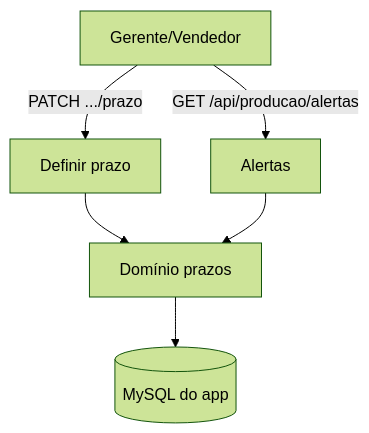
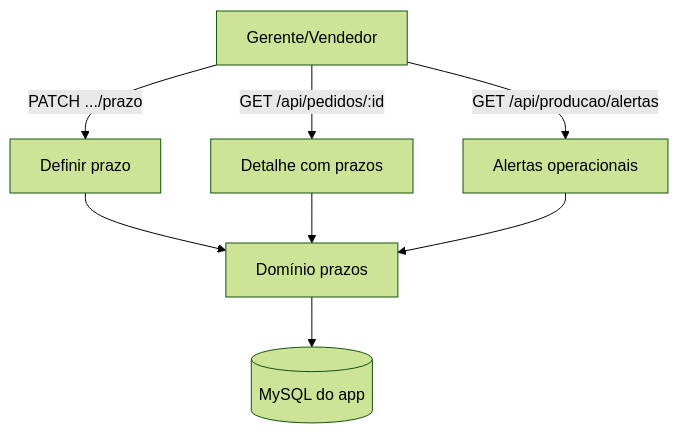
Before and after one commit to Renan2004a/3e-operacoes: the diagram in .specs/features/prazos-e-alertas/design.md, drawn with Mermaid (forest theme). The commit also changed other lines of this file and 28 other files, not shown here.

Commit message:
fix(pedidos): corrige persistencia e exibicao dos prazos

````diff
--- a/.specs/features/prazos-e-alertas/design.md
+++ b/.specs/features/prazos-e-alertas/design.md
@@ -12,8 +14,10 @@
 ```mermaid
 graph TD
     GE[Gerente/Vendedor] -->|PATCH .../prazo| DP[Definir prazo]
-    GE -->|GET /api/producao/alertas| AL[Alertas]
+    GE -->|GET /api/pedidos/:id| LD[Detalhe com prazos]
+    GE -->|GET /api/producao/alertas| AL[Alertas operacionais]
     DP --> DO[Domínio prazos]
+    LD --> DO
     AL --> DO
     DO --> DB[(MySQL do app)]
 ```
````
